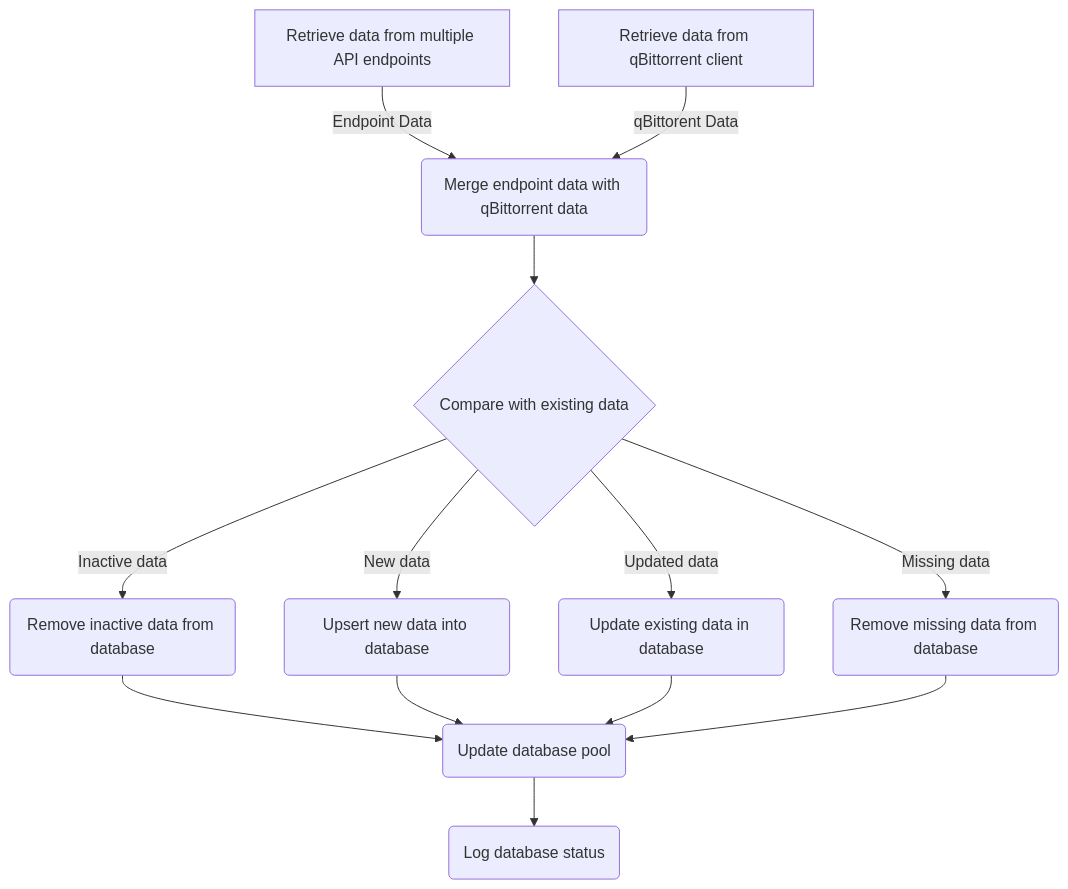
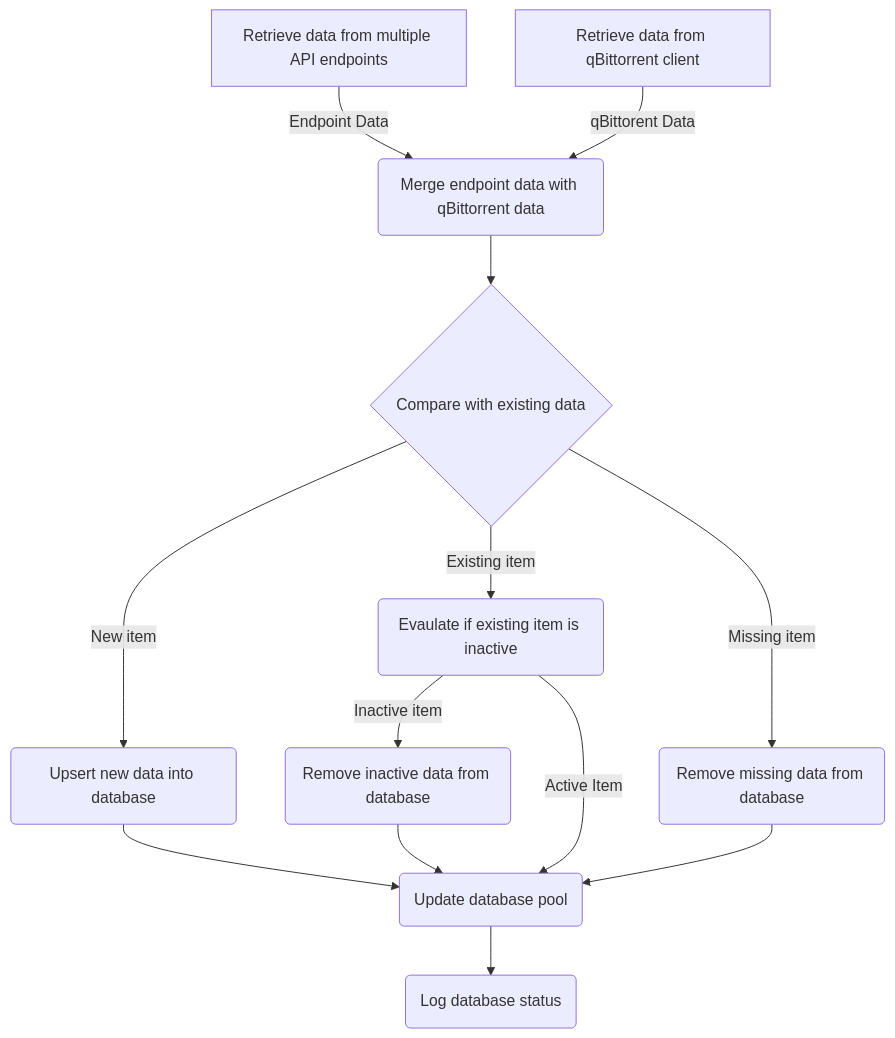
One commit to czer323/TidyArr changed the first of 2 diagrams in readme.md. Above: the diagram before and after it, drawn with Mermaid.

Commit message:
The changes made in this commit include: - Modified readme.md to update the flowchart diagram with new labels and descriptions for each step. The modifications include changing the labels of some nodes, updating the descriptions of some edges, and adding a new edge to evaluate if an existing item is inactive. The purpose of these changes is to improve the clarity and accuracy of the flowchart diagram.

````diff
--- a/readme.md
+++ b/readme.md
@@ -3,15 +3,15 @@
 ```mermaid
 graph TD;
     A[Retrieve data from multiple API endpoints] --> |Endpoint Data|B(Merge endpoint data with qBittorrent data);
-    O[Retrieve data from qBittorrent client] --> |qBittorent Data|B;
+    J[Retrieve data from qBittorrent client] --> |qBittorent Data|B;
     B --> C{Compare with existing data};
-    C --> |New data| D(Upsert new data into database);
-    C --> |Updated data| E(Update existing data in database);
-    C --> |Missing data| F(Remove missing data from database);
-    C --> |Inactive data| G(Remove inactive data from database);
+    C --> |New item| D(Upsert new data into database);
+    C --> |Existing item| E(Evaulate if existing item is inactive);
+    C --> |Missing item| F(Remove missing data from database);
+    E --> |Inactive item| G(Remove inactive data from database);    
+    D --> H;    
+    E --> |Active Item| H;
+    F --> H;
     G --> H(Update database pool);
-    D --> H;
-    E --> H;
-    F --> H;
-    H --> N(Log database status);
+    H --> I(Log database status);
 ```
````
